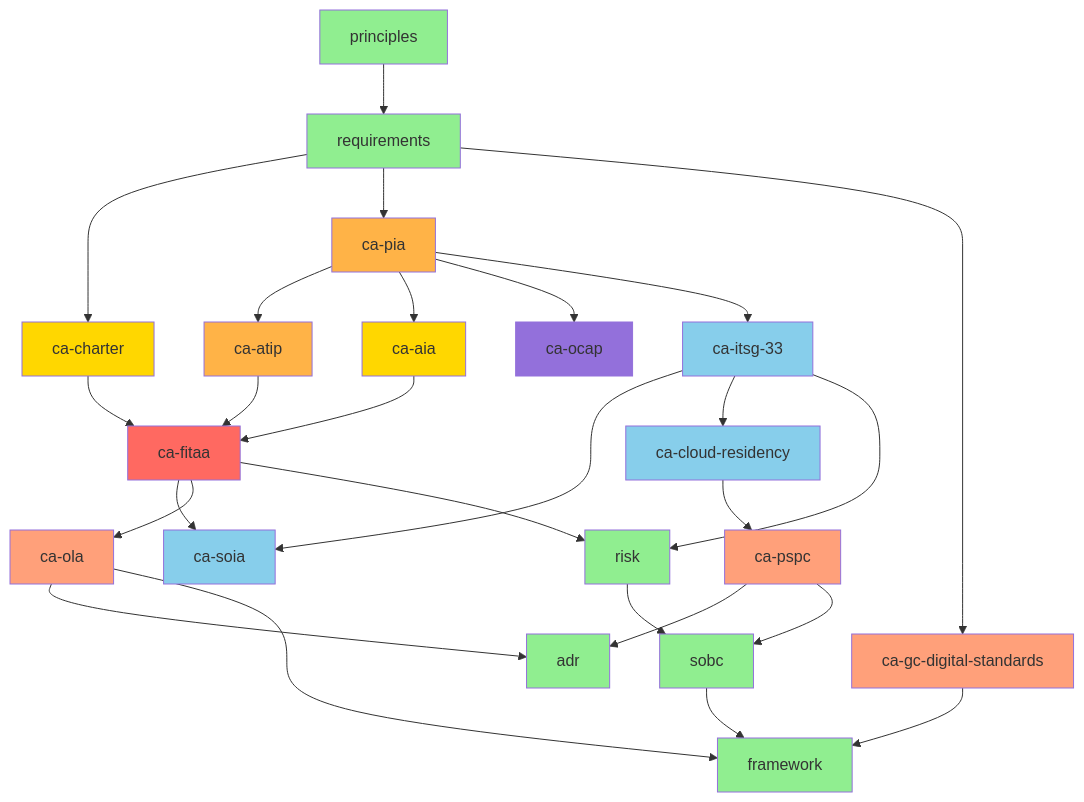
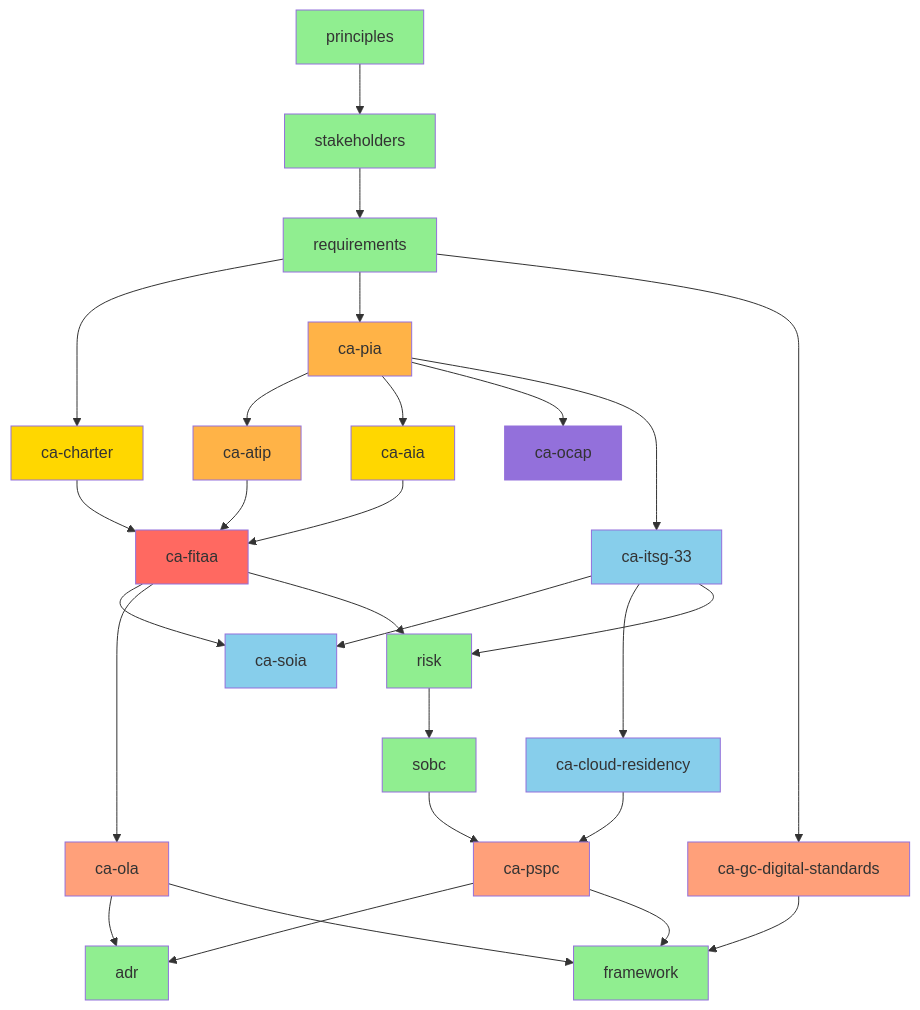
Before and after one commit to tractorjuice/arc-kit: the seventh of 14 diagrams in docs/WORKFLOW-DIAGRAMS.md, drawn with Mermaid. The commit also changed other lines of this file and 19 other files, not shown here.

````diff
--- a/docs/WORKFLOW-DIAGRAMS.md
+++ b/docs/WORKFLOW-DIAGRAMS.md
@@ -913,66 +913,69 @@
 ```mermaid
 graph TD
     principles[principles]
+    stakeholders[stakeholders]
     requirements[requirements]
     ca_charter[ca-charter]
     ca_pia[ca-pia]
     ca_fitaa[ca-fitaa]
     ca_atip[ca-atip]
     ca_aia[ca-aia]
     ca_ocap[ca-ocap]
     ca_itsg_33[ca-itsg-33]
     ca_soia[ca-soia]
     ca_cloud_residency[ca-cloud-residency]
     ca_ola[ca-ola]
     ca_gc_digital_standards[ca-gc-digital-standards]
     ca_pspc[ca-pspc]
     adr[adr]
     sobc[sobc]
     risk[risk]
     framework[framework]
 
-    principles --> requirements
+    principles --> stakeholders
+    stakeholders --> requirements
     requirements --> ca_charter
     requirements --> ca_pia
     ca_charter --> ca_fitaa
     ca_atip --> ca_fitaa
     ca_aia --> ca_fitaa
     ca_pia --> ca_atip
     ca_pia --> ca_aia
     ca_pia --> ca_ocap
     ca_pia --> ca_itsg_33
     ca_fitaa --> ca_soia
     ca_itsg_33 --> ca_soia
     ca_itsg_33 --> ca_cloud_residency
     ca_fitaa --> ca_ola
     requirements --> ca_gc_digital_standards
     ca_cloud_residency --> ca_pspc
     ca_ola --> adr
     ca_pspc --> adr
-    ca_pspc --> sobc
+    sobc --> ca_pspc
     risk --> sobc
     ca_fitaa --> risk
     ca_itsg_33 --> risk
     ca_ola --> framework
     ca_gc_digital_standards --> framework
-    sobc --> framework
+    ca_pspc --> framework
 
     style principles fill:#90EE90
+    style stakeholders fill:#90EE90
     style requirements fill:#90EE90
     style ca_charter fill:#FFD700
     style ca_pia fill:#FFB347
     style ca_fitaa fill:#FF6961
     style ca_atip fill:#FFB347
     style ca_aia fill:#FFD700
     style ca_ocap fill:#9370DB
     style ca_itsg_33 fill:#87CEEB
     style ca_soia fill:#87CEEB
     style ca_cloud_residency fill:#87CEEB
     style ca_ola fill:#FFA07A
     style ca_gc_digital_standards fill:#FFA07A
     style ca_pspc fill:#FFA07A
     style adr fill:#90EE90
     style sobc fill:#90EE90
     style risk fill:#90EE90
     style framework fill:#90EE90
 ```
````
